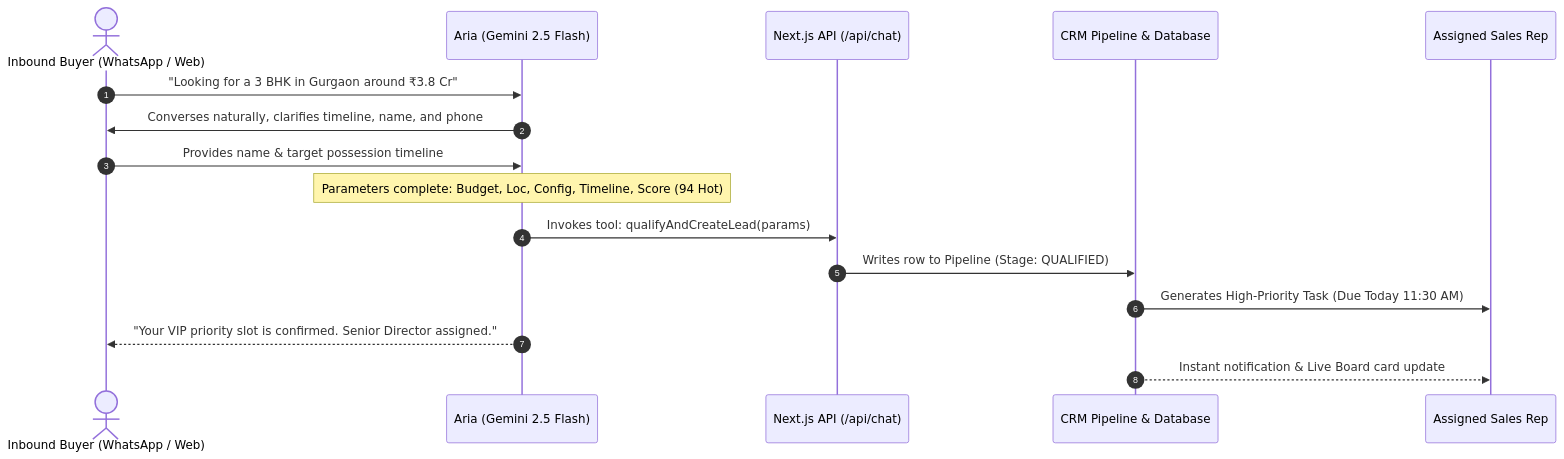
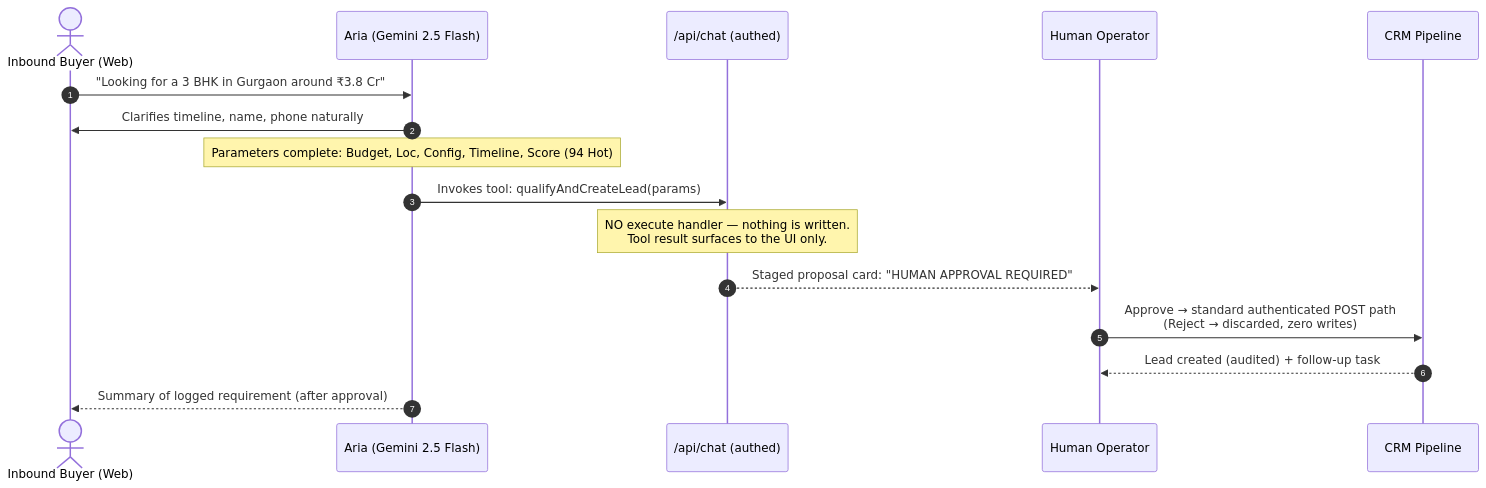
One commit to Naman09746/Real-Estate-SAAS changed the diagram in DOCS/ai-agents-and-automation.md. Above: the diagram before and after it, drawn with Mermaid. The commit also changed other lines of this file and 2 other files, not shown here.

Commit message:
docs: rewrite CLAUDE.md, README, and AI agents guide to match hardened architecture (RLS tenancy, human-gated agents, billing triggers, Docker/CI)

````diff
--- a/DOCS/ai-agents-and-automation.md
+++ b/DOCS/ai-agents-and-automation.md
@@ -52,19 +62,19 @@
 ```mermaid
 sequenceDiagram
     autonumber
-    actor Buyer as Inbound Buyer (WhatsApp / Web)
+    actor Buyer as Inbound Buyer (Web)
     participant Aria as Aria (Gemini 2.5 Flash)
-    participant Route as Next.js API (/api/chat)
-    participant CRM as CRM Pipeline & Database
-    participant Rep as Assigned Sales Rep
+    participant Route as /api/chat (authed)
+    participant Op as Human Operator
+    participant CRM as CRM Pipeline
 
     Buyer->>Aria: "Looking for a 3 BHK in Gurgaon around ₹3.8 Cr"
-    Aria->>Buyer: Converses naturally, clarifies timeline, name, and phone
-    Buyer->>Aria: Provides name & target possession timeline
+    Aria->>Buyer: Clarifies timeline, name, phone naturally
     Note over Aria: Parameters complete: Budget, Loc, Config, Timeline, Score (94 Hot)
     Aria->>Route: Invokes tool: qualifyAndCreateLead(params)
-    Route->>CRM: Writes row to Pipeline (Stage: QUALIFIED)
-    CRM->>Rep: Generates High-Priority Task (Due Today 11:30 AM)
-    Aria-->>Buyer: "Your VIP priority slot is confirmed. Senior Director assigned."
-    CRM-->>Rep: Instant notification & Live Board card update
+    Note over Route: NO execute handler — nothing is written.<br/>Tool result surfaces to the UI only.
+    Route-->>Op: Staged proposal card: "HUMAN APPROVAL REQUIRED"
+    Op->>CRM: Approve → standard authenticated POST path<br/>(Reject → discarded, zero writes)
+    CRM-->>Op: Lead created (audited) + follow-up task
+    Aria-->>Buyer: Summary of logged requirement (after approval)
 ```
````
